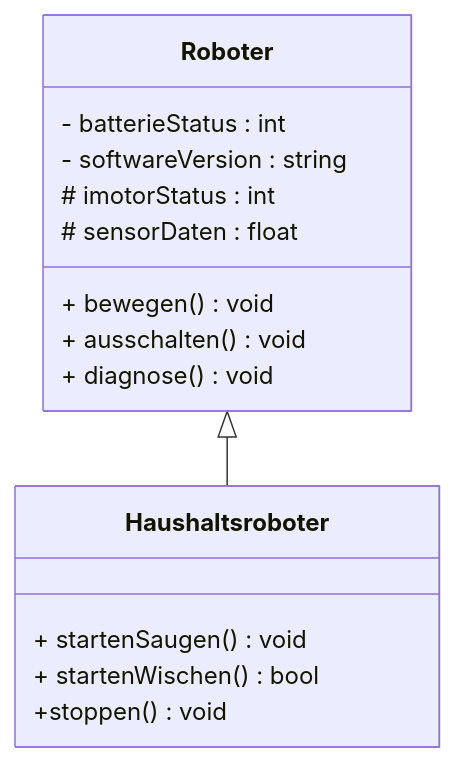
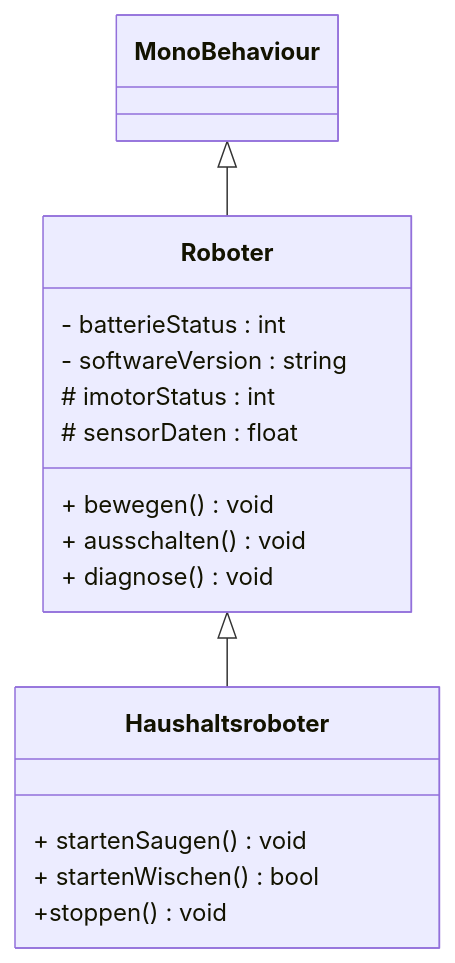
One commit to 3ahmns-SoSem-2324/99-endabgabe-fizbuzz-smeerws changed the diagram in README.md. Above: the diagram before and after it, drawn with Mermaid.

Commit message:
Update README.md
test inheritance

````diff
--- a/README.md
+++ b/README.md
@@ -7,18 +7,19 @@
 ```mermaid
 classDiagram
     class Roboter {
         - batterieStatus : int
         - softwareVersion : string 
         # imotorStatus : int 
         # sensorDaten : float
         + bewegen() void
         + ausschalten() void
         + diagnose() void 
     }
     class Haushaltsroboter {
         + startenSaugen() void
         + startenWischen() bool
         +stoppen() void
     }
     Roboter <|-- Haushaltsroboter
+    MonoBehaviour <|-- Roboter
 ```
````
